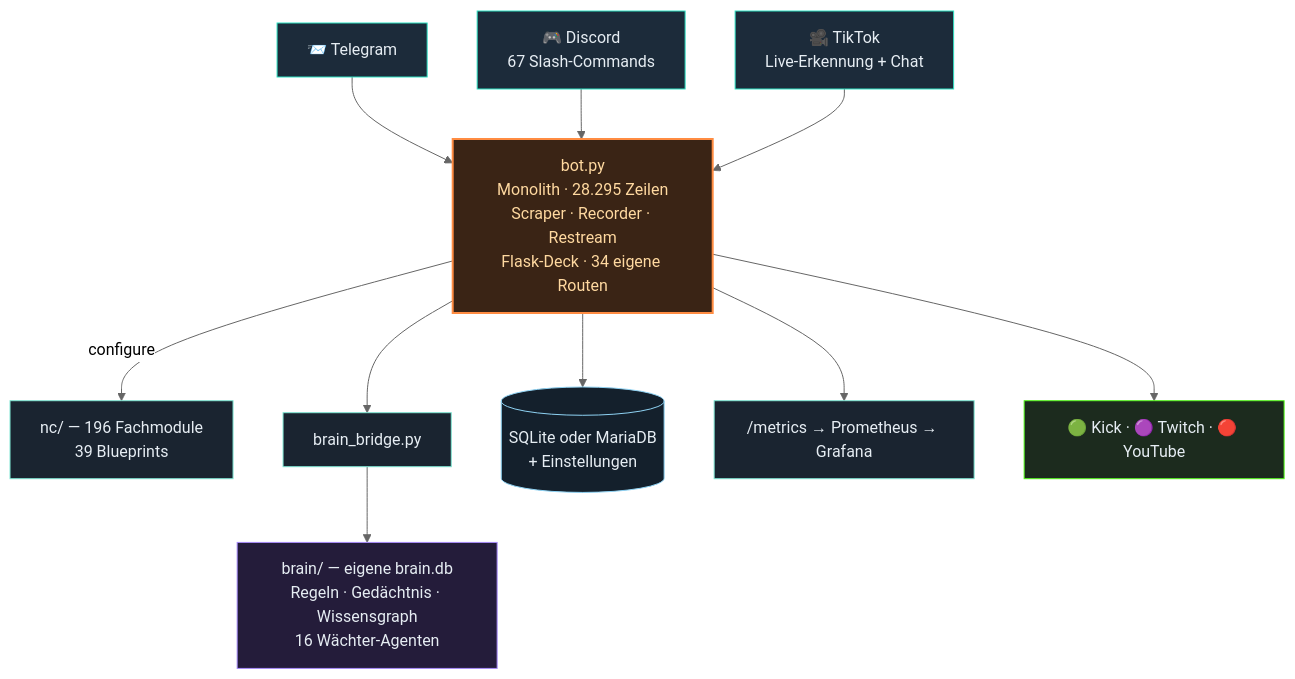
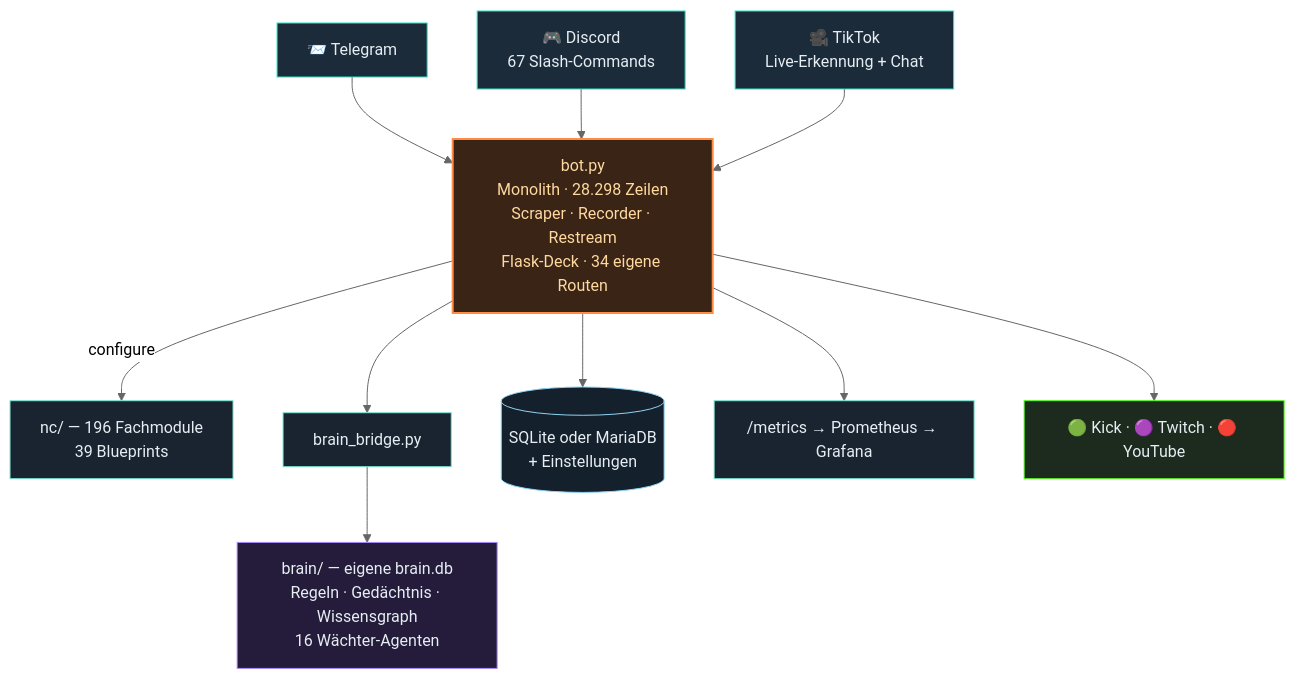
Before and after one commit to itsamemedev/Telegram-Stream-Info-Bot: the second of 3 diagrams in README.md, drawn with Mermaid (neutral theme). The commit also changed other lines of this file and 28 other files, not shown here.

````diff
--- a/README.md
+++ b/README.md
@@ -118,19 +118,19 @@
 ```mermaid
 flowchart TB
     TG["📨 Telegram"]:::ein --> BOT
     DC["🎮 Discord<br/>67 Slash-Commands"]:::ein --> BOT
     TT["🎥 TikTok<br/>Live-Erkennung + Chat"]:::ein --> BOT
-    BOT["bot.py<br/>Monolith · 28.295 Zeilen<br/>Scraper · Recorder · Restream<br/>Flask-Deck · 34 eigene Routen"]:::core
+    BOT["bot.py<br/>Monolith · 28.298 Zeilen<br/>Scraper · Recorder · Restream<br/>Flask-Deck · 34 eigene Routen"]:::core
     BOT -->|configure| NC["nc/ — 196 Fachmodule<br/>39 Blueprints"]:::lib
     BOT --> BR["brain_bridge.py"]:::lib
     BR --> BRAIN["brain/ — eigene brain.db<br/>Regeln · Gedächtnis · Wissensgraph<br/>16 Wächter-Agenten"]:::brain
     BOT --> DB[("SQLite oder MariaDB<br/>+ Einstellungen")]:::db
     BOT --> PROM["/metrics → Prometheus → Grafana"]:::lib
     BOT --> OUT["🟢 Kick · 🟣 Twitch · 🔴 YouTube"]:::out
     classDef ein fill:#1c2b3a,stroke:#2de1c2,color:#e6edf3
     classDef core fill:#3a2415,stroke:#ff8c42,stroke-width:2px,color:#ffd9a0
     classDef lib fill:#1a2430,stroke:#7fe7d4,color:#e6edf3
     classDef brain fill:#241c3a,stroke:#a78bfa,color:#e6edf3
     classDef db fill:#14202c,stroke:#8fd3f4,color:#e6edf3
     classDef out fill:#1c2b1e,stroke:#53fc18,color:#e6edf3
 ```
````
